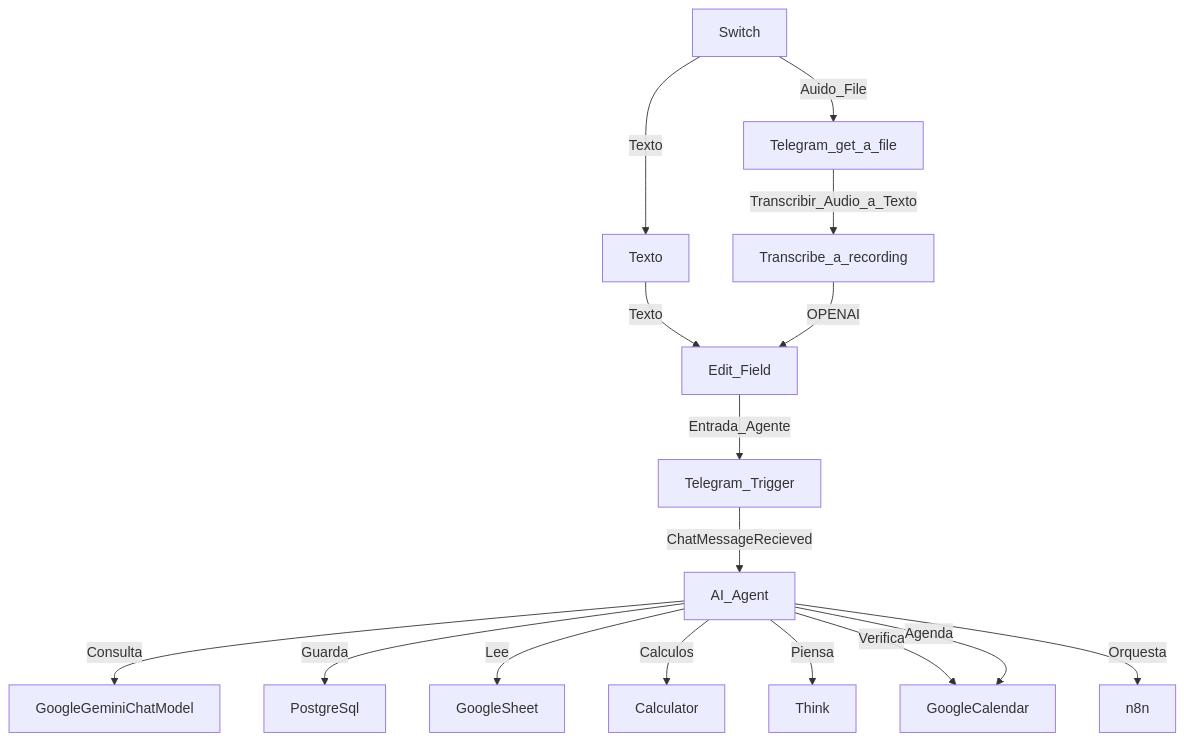
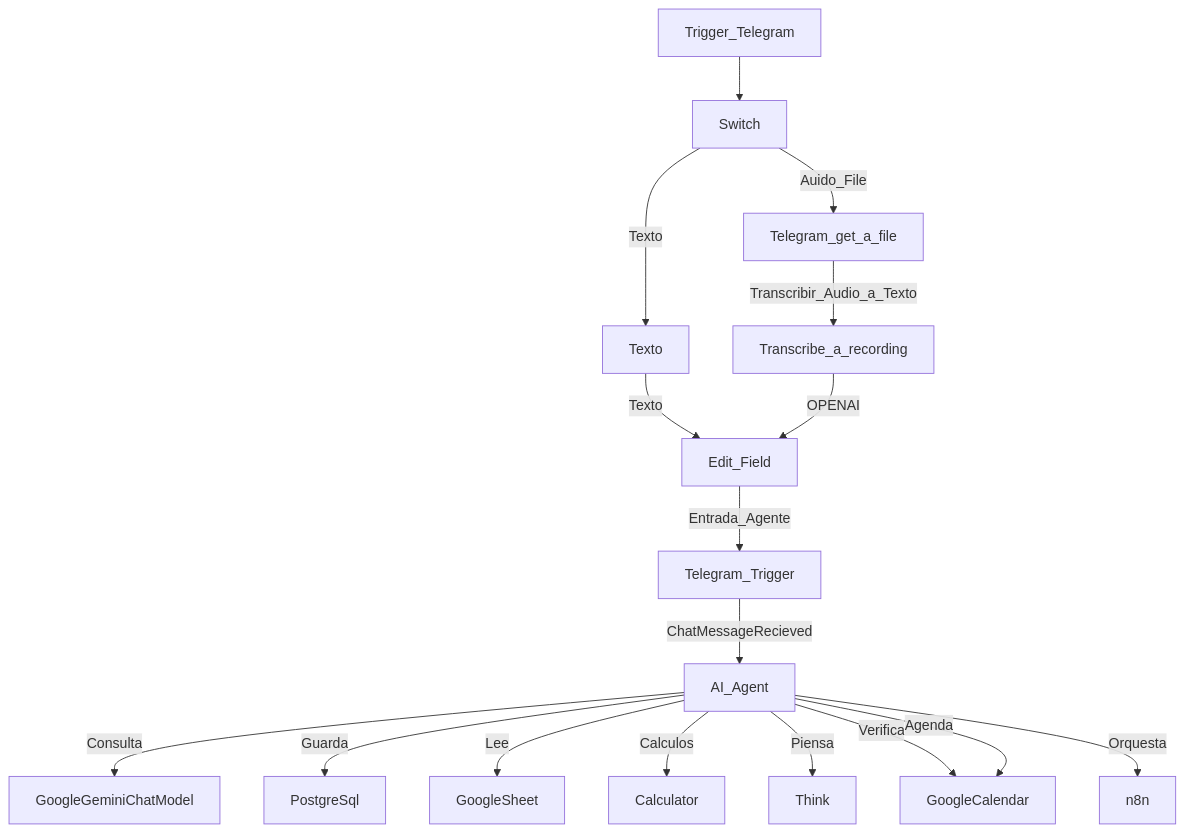
One commit to liusvani/ia-agent-n8n-telegram changed the diagram in README.md. Above: the diagram before and after it, drawn with Mermaid.

Commit message:
README.md

````diff
--- a/README.md
+++ b/README.md
@@ -25,18 +25,19 @@
 ```mermaid
-graph TD    
+graph TD
+    Trigger_Telegram --> Switch
     Switch -->|Texto| Texto
     Switch -->|Auido_File| Telegram_get_a_file
     Telegram_get_a_file -->|Transcribir_Audio_a_Texto| Transcribe_a_recording
     Texto -->|Texto| Edit_Field
     Transcribe_a_recording -->|OPENAI| Edit_Field
     Edit_Field -->|Entrada_Agente| Telegram_Trigger
     Telegram_Trigger -->|ChatMessageRecieved| AI_Agent
     AI_Agent -->|Consulta| GoogleGeminiChatModel
     AI_Agent -->|Guarda| PostgreSql
     AI_Agent -->|Lee| GoogleSheet
     AI_Agent -->|Calculos| Calculator
     AI_Agent -->|Piensa| Think
     AI_Agent -->|Verifica| GoogleCalendar
     AI_Agent -->|Agenda| GoogleCalendar    
     AI_Agent -->|Orquesta| n8n
 ```
````
